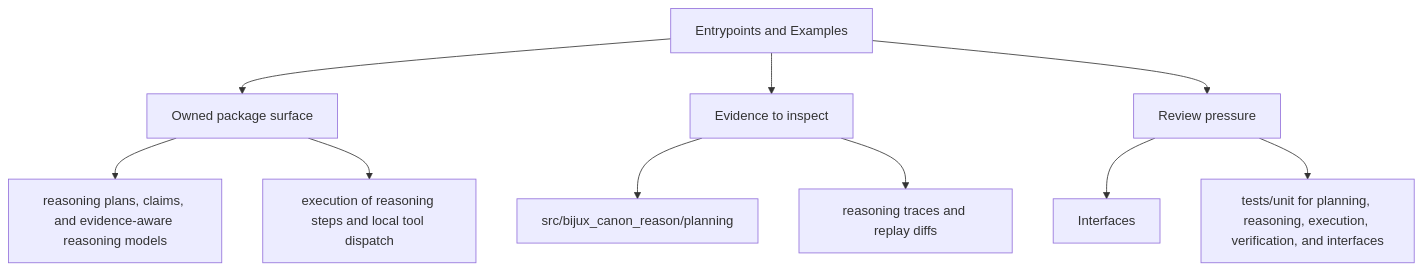
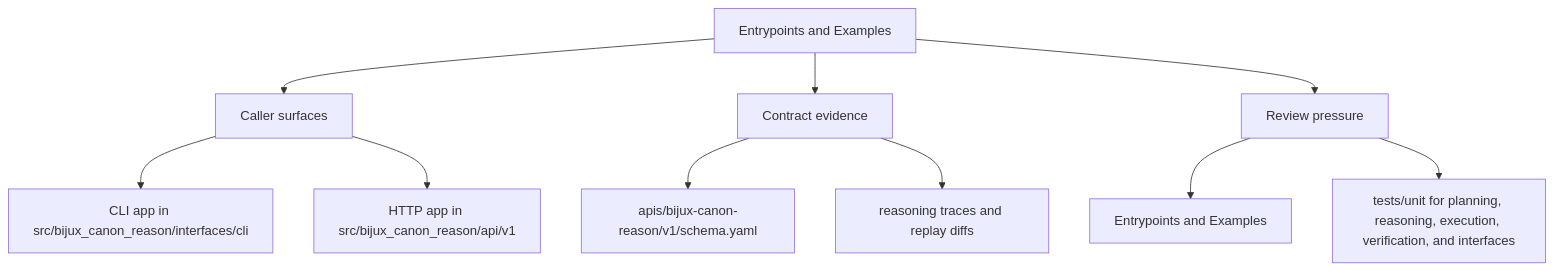
One commit to bijux/bijux-canon changed the second of 2 diagrams in docs/bijux-canon-reason/interfaces/entrypoints-and-examples.md. Above: the diagram before and after it, drawn with Mermaid. The commit also changed other lines of this file and 250 other files, not shown here.

Commit message:
docs(diagrams): make product page maps more readable

````diff
--- a/docs/bijux-canon-reason/interfaces/entrypoints-and-examples.md
+++ b/docs/bijux-canon-reason/interfaces/entrypoints-and-examples.md
@@ -34,22 +34,22 @@
 ```mermaid
 flowchart TD
     page["Entrypoints and Examples"]
-    focus1["Owned package surface"]
+    focus1["Caller surfaces"]
     page --> focus1
-    focus1_1["reasoning plans, claims, and evidence-aware reasoning models"]
+    focus1_1["CLI app in src/bijux_canon_reason/interfaces/cli"]
     focus1 --> focus1_1
-    focus1_2["execution of reasoning steps and local tool dispatch"]
+    focus1_2["HTTP app in src/bijux_canon_reason/api/v1"]
     focus1 --> focus1_2
-    focus2["Evidence to inspect"]
+    focus2["Contract evidence"]
     page --> focus2
-    focus2_1["src/bijux_canon_reason/planning"]
+    focus2_1["apis/bijux-canon-reason/v1/schema.yaml"]
     focus2 --> focus2_1
     focus2_2["reasoning traces and replay diffs"]
     focus2 --> focus2_2
     focus3["Review pressure"]
     page --> focus3
-    focus3_1["Interfaces"]
+    focus3_1["Entrypoints and Examples"]
     focus3 --> focus3_1
     focus3_2["tests/unit for planning, reasoning, execution, verification, and interfaces"]
     focus3 --> focus3_2
 ```
````
